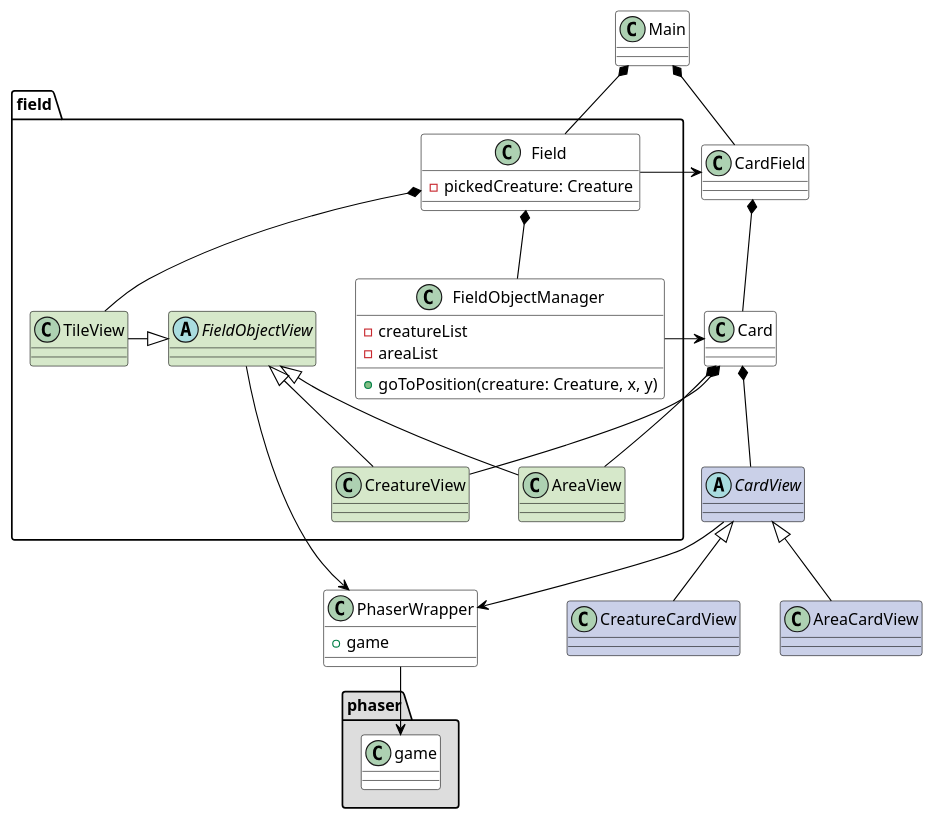
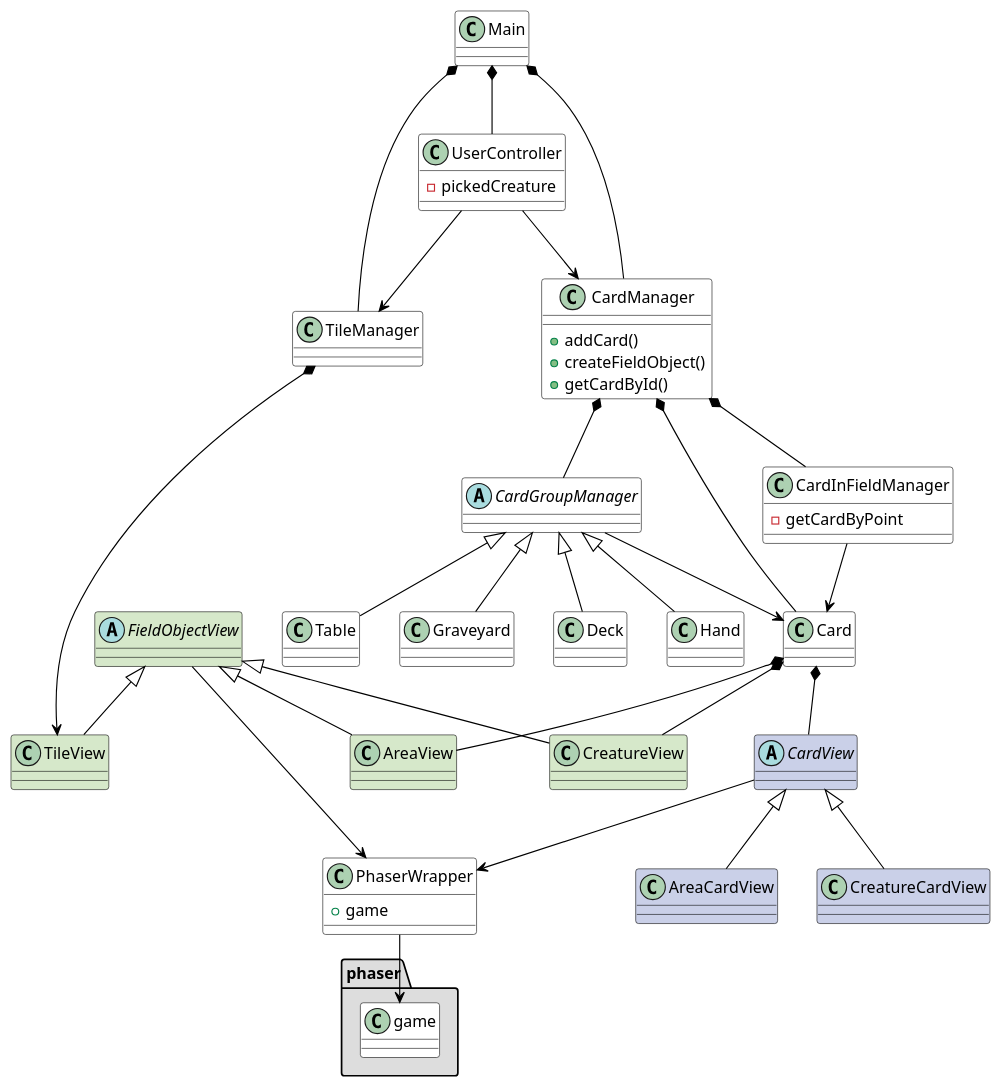
Before and after one commit to gamesFTW/phaser-card-game-client: the diagram in uml/base.puml, drawn with PlantUML.

Commit message:
Change uml

```diff
--- a/uml/base.puml
+++ b/uml/base.puml
@@ -1,85 +1,112 @@
 @startuml
 
 'Палитра
 '#D6E8CA
 '#CAD0E8
 '#F7CDFF
 
 skinparam class {
 	ArrowColor black
 	BorderColor black
 }
 
 skinparam stereotypeCBackgroundColor YellowGreen
 skinparam shadowing false
 
+
 class Main #ffffff
+Main *-- TileManager
+Main *-- CardManager
+Main *-- UserController
 
-Main *-- field.Field
-Main *-- CardField
+
+class UserController #ffffff {
+    - pickedCreature
+}
+UserController --> TileManager
+UserController --> CardManager
 
 
 ''' Про это смотри cards.puml, тут очень упощеная ее часть
-class CardField #fff
-CardField *-- Card
+class CardManager #fff {
+    + addCard()
+    + createFieldObject()
+    + getCardById()
+}
+CardManager *-- Card
+CardManager *-- CardInFieldManager
+CardManager *-- CardGroupManager
+
+
+class TileManager #ffffff {
+}
+TileManager *--> TileView
+
+
+class CardInFieldManager #fff {
+    - getCardByPoint
+}
+CardInFieldManager --> Card
+
+
+abstract class CardGroupManager #fff {
+}
+CardGroupManager --> Card
+
+
+class Hand #fff
+CardGroupManager <|-- Hand
+
+
+class Table #fff
+CardGroupManager <|-- Table
+
+
+class Graveyard #fff
+CardGroupManager <|-- Graveyard
+
+
+class Deck #fff
+CardGroupManager <|-- Deck
 
 
 class Card #fff
-Card *-- field.CreatureView
-Card *-- field.AreaView
+Card *-- CreatureView
+Card *-- AreaView
 Card *-- CardView
-
 
 
 abstract class CardView #CAD0E8
 CardView --> PhaserWrapper
 
 
 class CreatureCardView #CAD0E8
 CardView <|-- CreatureCardView
 
 
 class AreaCardView #CAD0E8
 CardView <|-- AreaCardView
 
 
+abstract class FieldObjectView #D6E8CA
+FieldObjectView <|-- TileView
+FieldObjectView <|-- CreatureView
+FieldObjectView <|-- AreaView
+FieldObjectView --> PhaserWrapper
+
+
+class CreatureView #D6E8CA
+class AreaView #D6E8CA
+class TileView #D6E8CA
+
+
 class PhaserWrapper #ffffff {
     + game
 }
 PhaserWrapper --> phaser.game
 
 
-package "field" {
-    class Field #ffffff {
-        - pickedCreature: Creature
-    }
-    Field *-- FieldObjectManager
-    Field *-- TileView
-    Field --> .CardField
-
-
-    class FieldObjectManager #fff {
-        - creatureList
-        - areaList
-        + goToPosition(creature: Creature, x, y)
-    }
-    FieldObjectManager --> .Card
-
-
-
-    abstract class FieldObjectView #D6E8CA
-    FieldObjectView <|-left- TileView
-    FieldObjectView <|-down- CreatureView
-    FieldObjectView <|-down- AreaView
-    FieldObjectView --> .PhaserWrapper
-
-    class CreatureView #D6E8CA
-    class AreaView #D6E8CA
-    class TileView #D6E8CA
-}
-
-
 package "phaser" #DDDDDD {
     class game #fff
 }
 @enduml
```
